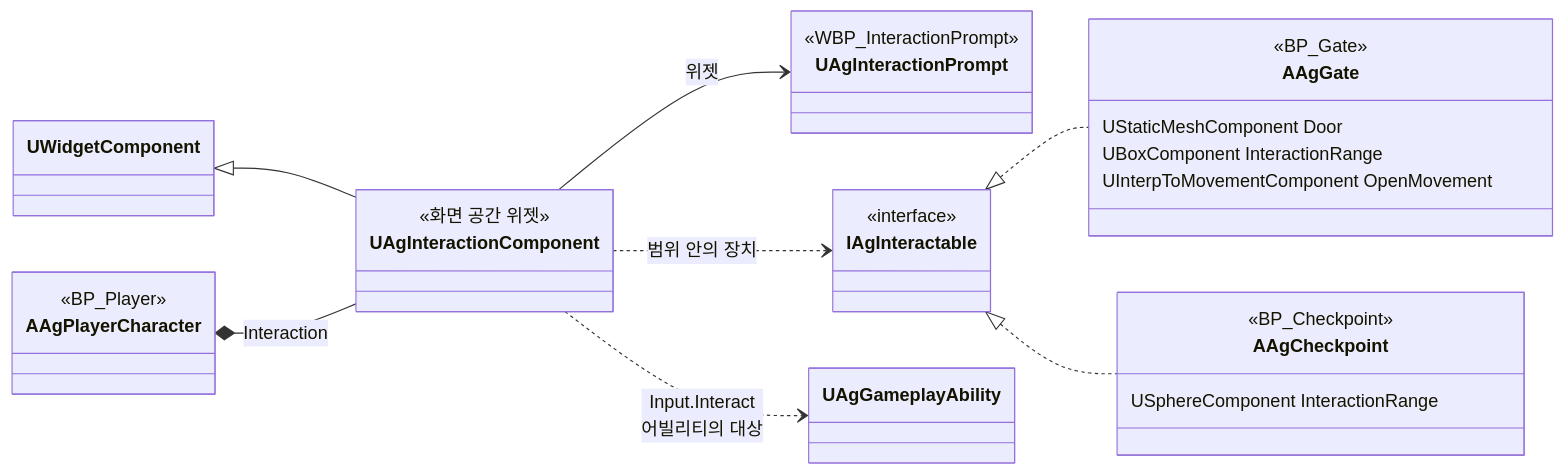
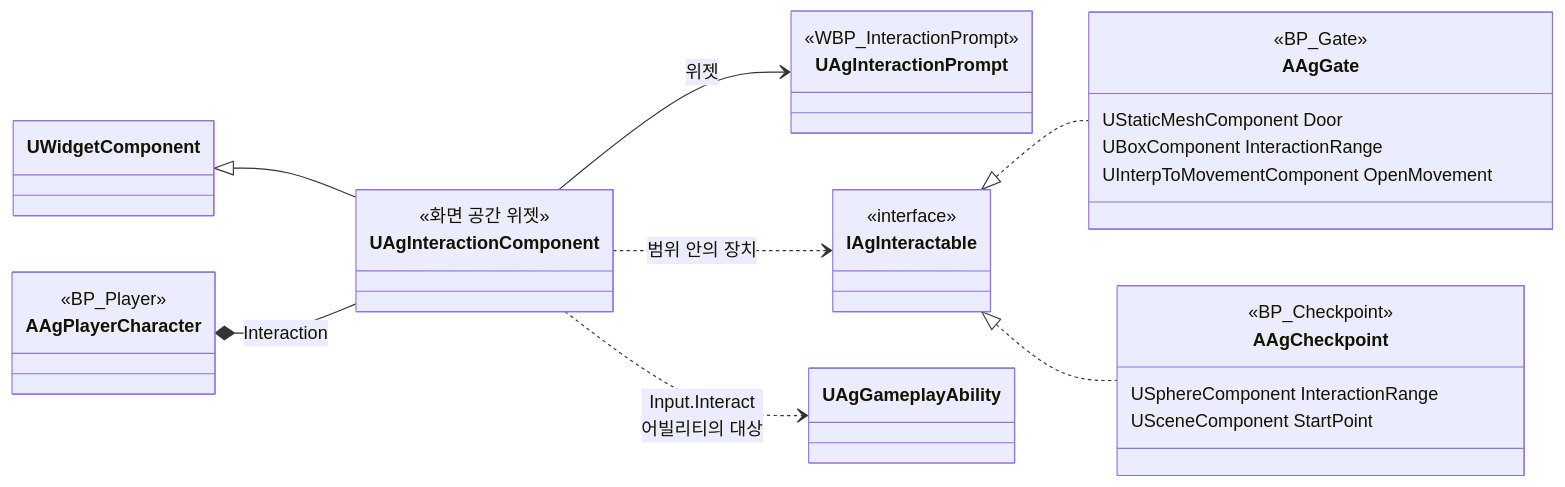
One commit to Woogl/Ag changed the diagram in Docs/Architecture/상호작용.md. Above: the diagram before and after it, drawn with Mermaid. The commit also changed other lines of this file and 17 other files, not shown here.

````diff
--- a/Docs/Architecture/상호작용.md
+++ b/Docs/Architecture/상호작용.md
@@ -35,33 +35,34 @@
 ```mermaid
 classDiagram
     direction LR
     class AAgPlayerCharacter {
         <<BP_Player>>
     }
     class UAgInteractionComponent {
         <<화면 공간 위젯>>
     }
     class UAgInteractionPrompt {
         <<WBP_InteractionPrompt>>
     }
     class IAgInteractable {
         <<interface>>
     }
     class AAgGate {
         <<BP_Gate>>
         UStaticMeshComponent Door
         UBoxComponent InteractionRange
         UInterpToMovementComponent OpenMovement
     }
     UWidgetComponent <|-- UAgInteractionComponent
     AAgPlayerCharacter *-- UAgInteractionComponent : Interaction
     UAgInteractionComponent --> UAgInteractionPrompt : 위젯
     UAgInteractionComponent ..> UAgGameplayAbility : Input.Interact<br>어빌리티의 대상
     class AAgCheckpoint {
         <<BP_Checkpoint>>
         USphereComponent InteractionRange
+        USceneComponent StartPoint
     }
     UAgInteractionComponent ..> IAgInteractable : 범위 안의 장치
     IAgInteractable <|.. AAgGate
     IAgInteractable <|.. AAgCheckpoint
 ```
````
